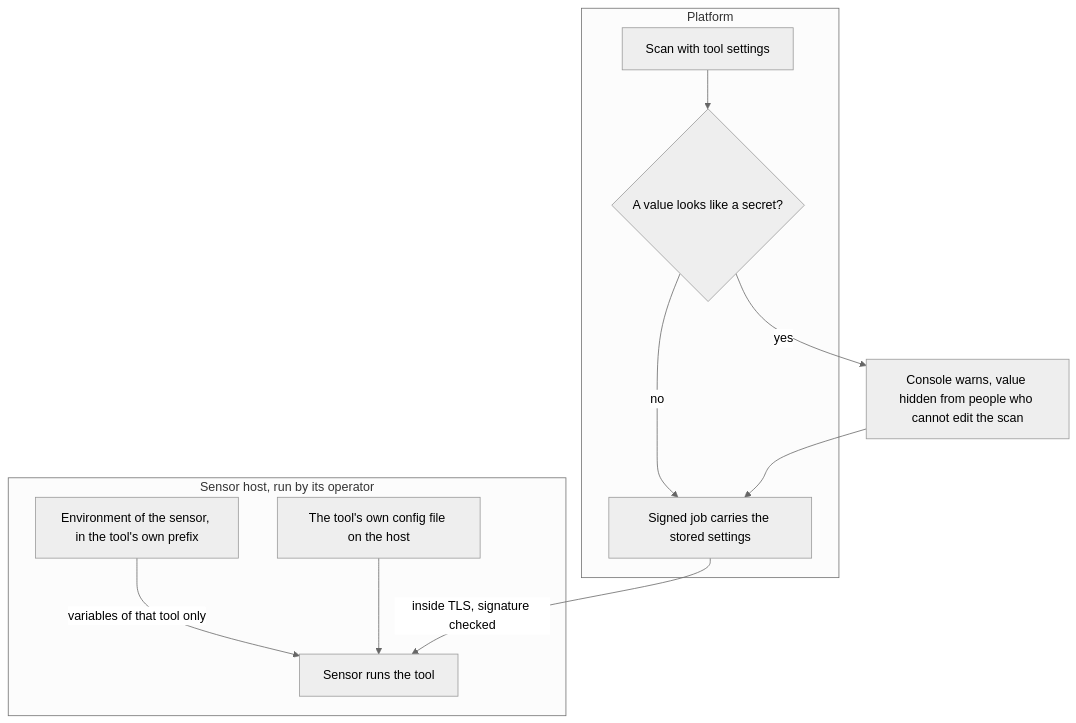
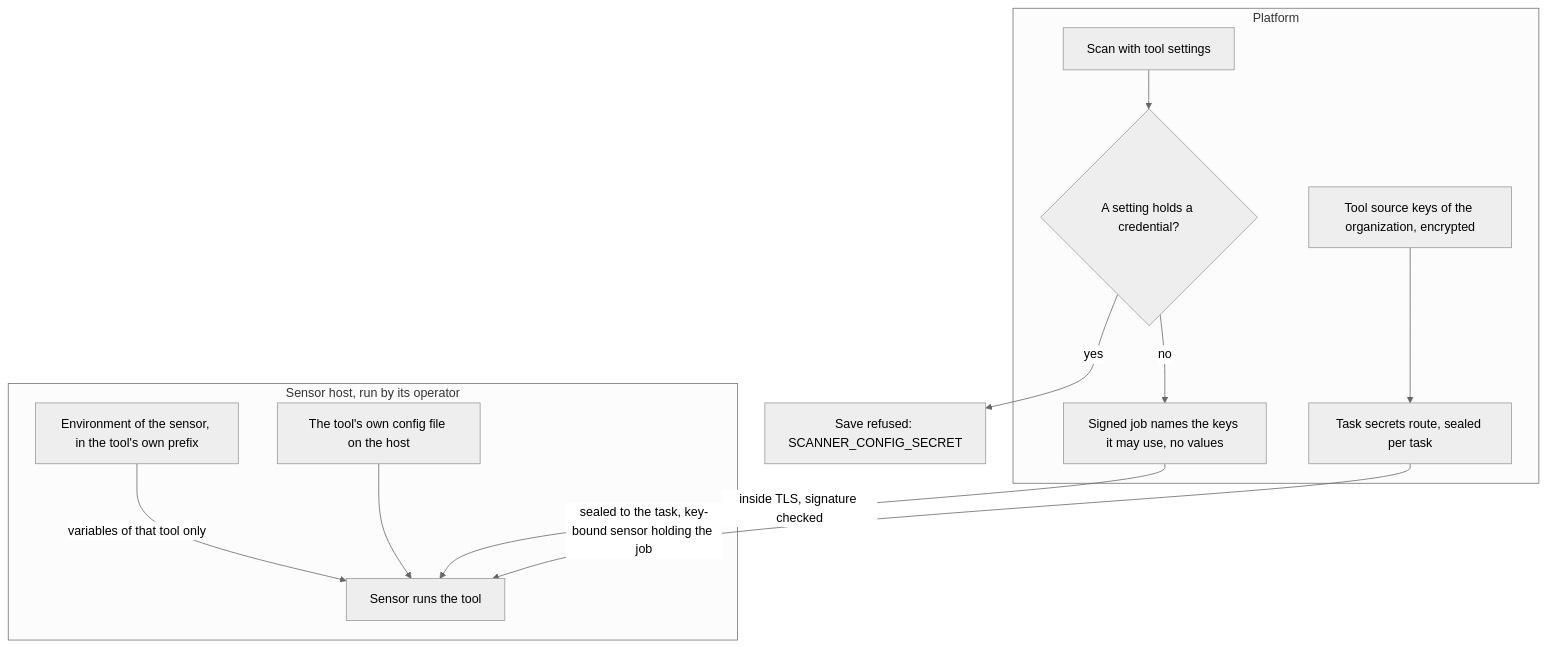
The diagram in how-it-works/secrets/tool-keys.md (openctemio/docs), drawn with Mermaid (neutral theme) before and after one commit. The commit also changed other lines of this file and 34 other files, not shown here.

````diff
--- a/how-it-works/secrets/tool-keys.md
+++ b/how-it-works/secrets/tool-keys.md
@@ -34,20 +30,23 @@
 ```mermaid
 flowchart TD
     subgraph HOST["Sensor host, run by its operator"]
         ENV["Environment of the sensor, in the tool's own prefix"]
         CFG["The tool's own config file on the host"]
         RUN["Sensor runs the tool"]
     end
     subgraph PLAT["Platform"]
+        KEYS["Tool source keys of the organization, encrypted"]
         SCAN["Scan with tool settings"]
-        WARN{"A value looks like a secret?"}
-        JOB["Signed job carries the stored settings"]
+        CHECK{"A setting holds a credential?"}
+        JOB["Signed job names the keys it may use, no values"]
+        SEC["Task secrets route, sealed per task"]
     end
     ENV -- "variables of that tool only" --> RUN
     CFG --> RUN
-    SCAN --> WARN
-    WARN -- "yes" --> W["Console warns, value hidden from people who cannot edit the scan"]
-    WARN -- "no" --> JOB
-    W --> JOB
+    SCAN --> CHECK
+    CHECK -- "yes" --> R["Save refused: SCANNER_CONFIG_SECRET"]
+    CHECK -- "no" --> JOB
     JOB -- "inside TLS, signature checked" --> RUN
+    KEYS --> SEC
+    SEC -- "sealed to the task, key-bound sensor holding the job" --> RUN
 ```
````
